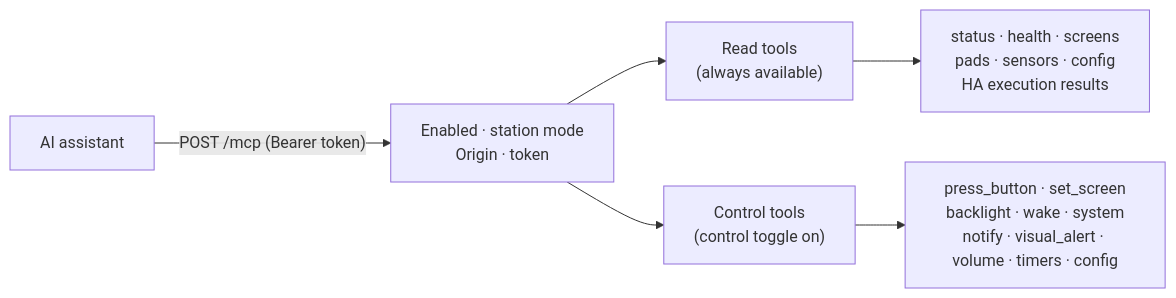
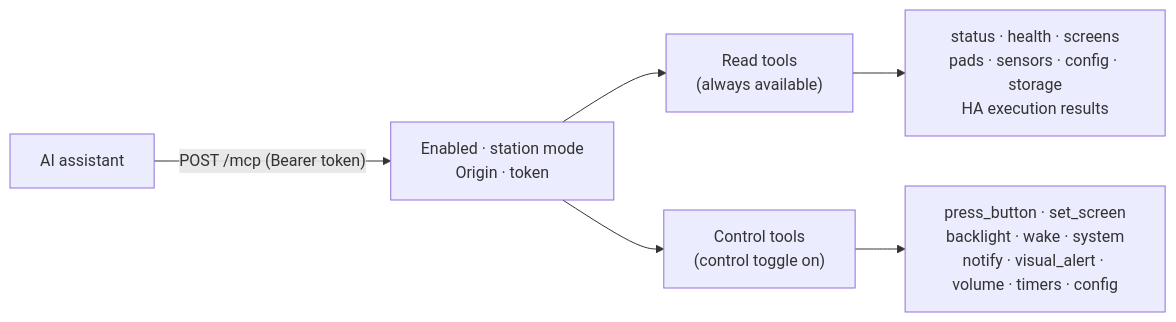
The diagram in docs/mcp-guide.md (jantielens/esp32-macropad), drawn with Mermaid before and after one commit. The commit also changed other lines of this file and 8 other files, not shown here.

````diff
--- a/docs/mcp-guide.md
+++ b/docs/mcp-guide.md
@@ -164,8 +164,8 @@
 ```mermaid
 graph LR
     CLIENT["AI assistant"] -->|"POST /mcp (Bearer token)"| GATE["Enabled · station mode<br/>Origin · token"]
     GATE --> READ["Read tools<br/>(always available)"]
     GATE --> CONTROL["Control tools<br/>(control toggle on)"]
-    READ --> INFO["status · health · screens<br/>pads · sensors · config<br/>HA execution results"]
+    READ --> INFO["status · health · screens<br/>pads · sensors · config · storage<br/>HA execution results"]
     CONTROL --> ACT["press_button · set_screen<br/>backlight · wake · system<br/>notify · visual_alert · volume · timers · config"]
 ```
````
